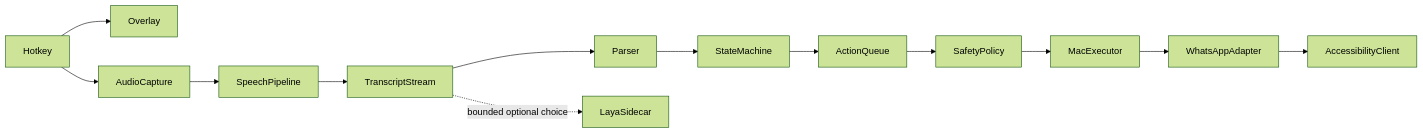
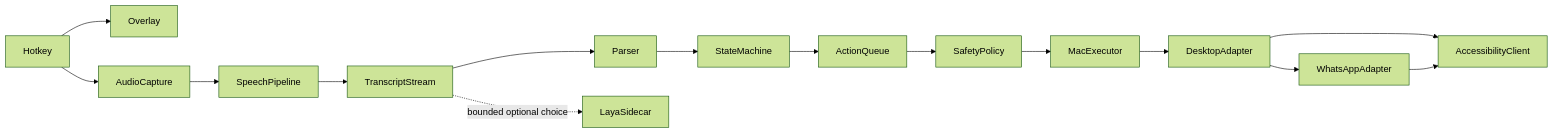
Before and after one commit to Nithesh8678/notchpilot: the diagram in docs/ARCHITECTURE.md, drawn with Mermaid (forest theme). The commit also changed other lines of this file and 7 other files, not shown here.

````diff
--- a/docs/ARCHITECTURE.md
+++ b/docs/ARCHITECTURE.md
@@ -5,15 +5,17 @@
 ```mermaid
 flowchart LR
   Hotkey --> Overlay
   Hotkey --> AudioCapture
   AudioCapture --> SpeechPipeline
   SpeechPipeline --> TranscriptStream
   TranscriptStream --> Parser
   Parser --> StateMachine
   StateMachine --> ActionQueue
   ActionQueue --> SafetyPolicy
   SafetyPolicy --> MacExecutor
-  MacExecutor --> WhatsAppAdapter
+  MacExecutor --> DesktopAdapter
+  DesktopAdapter --> WhatsAppAdapter
+  DesktopAdapter --> AccessibilityClient
   WhatsAppAdapter --> AccessibilityClient
   TranscriptStream -. bounded optional choice .-> LayaSidecar
 ```
````
